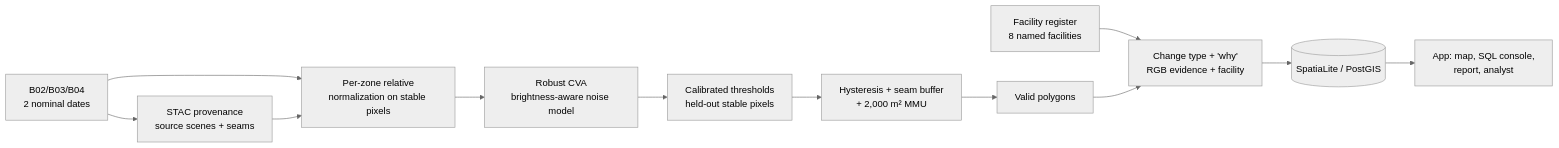
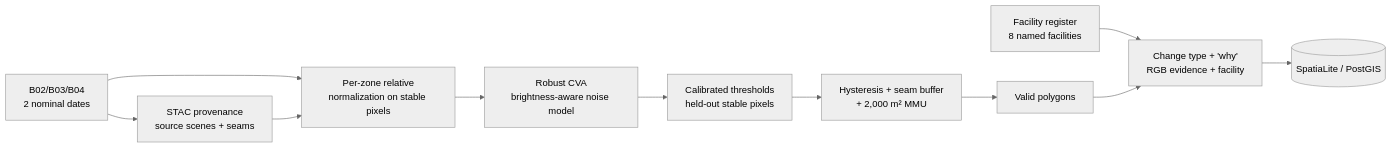
The first of 2 diagrams in README.md (dzakybd/s2change), drawn with Mermaid (neutral theme) before and after one commit. The commit also changed other lines of this file and 122 other files, not shown here.

First line of the commit message:
Analyst drives the map; stack docs with Mermaid

````diff
--- a/README.md
+++ b/README.md
@@ -41,14 +48,13 @@
 ```mermaid
 flowchart LR
   A[B02/B03/B04<br/>2 nominal dates] --> P[STAC provenance<br/>source scenes + seams]
   A --> N[Per-zone relative<br/>normalization on stable pixels]
   P --> N
   N --> C[Robust CVA<br/>brightness-aware noise model]
   C --> K[Calibrated thresholds<br/>held-out stable pixels]
   K --> B[Hysteresis + seam buffer<br/>+ 2,000 m² MMU]
   B --> V[Valid polygons]
   R[Facility register<br/>8 named facilities] --> T
   V --> T[Change type + 'why'<br/>RGB evidence + facility]
   T --> D[(SpatiaLite / PostGIS)]
-  D --> W[App: map, SQL console,<br/>report, analyst]
 ```
````
